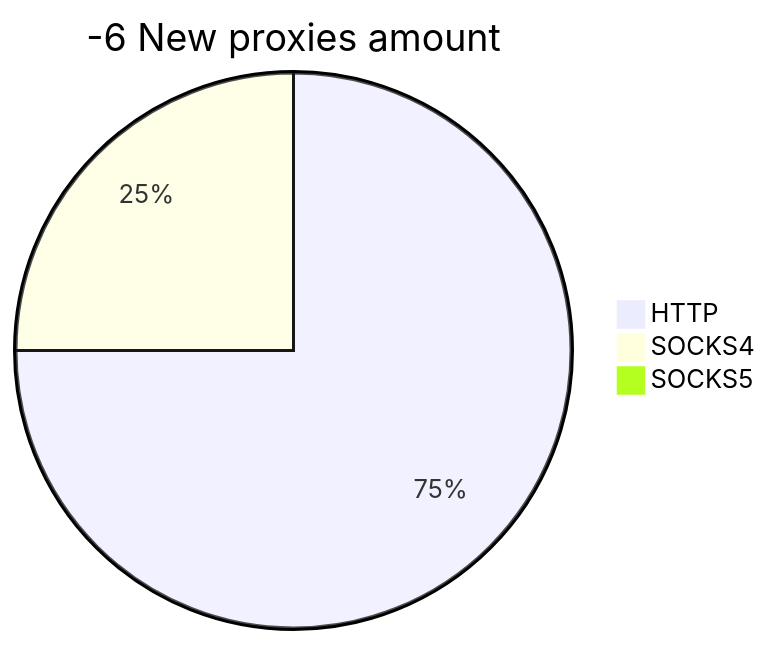
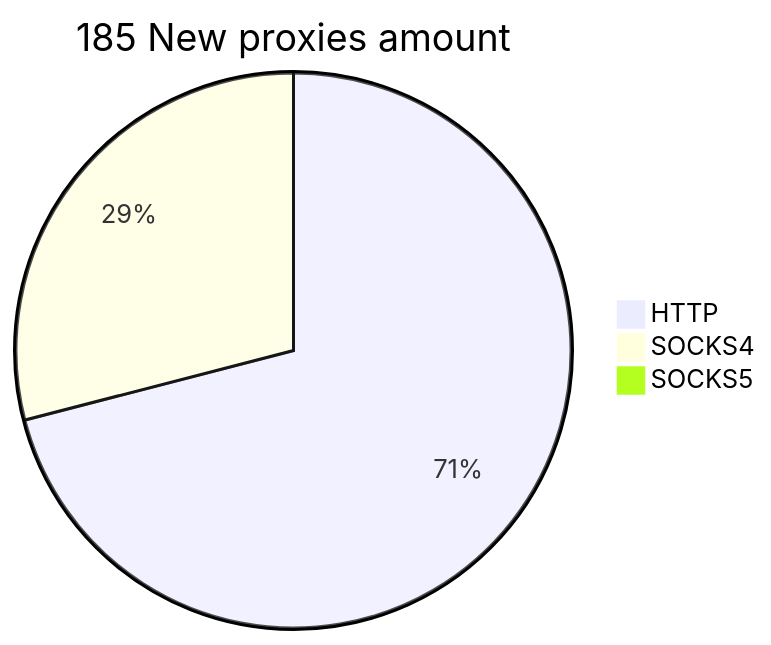
The second of 2 diagrams in README.md (cutipu/proxylist), drawn with Mermaid before and after one commit. The commit also changed other lines of this file, not shown here.

````diff
--- a/README.md
+++ b/README.md
@@ -10,6 +10,6 @@
 ```mermaid
-pie title -6 New proxies amount
-    "HTTP" : 42
-    "SOCKS4" : 14
+pie title 185 New proxies amount
+    "HTTP" : 132
+    "SOCKS4" : 54
     "SOCKS5" : 0
 ```
````
